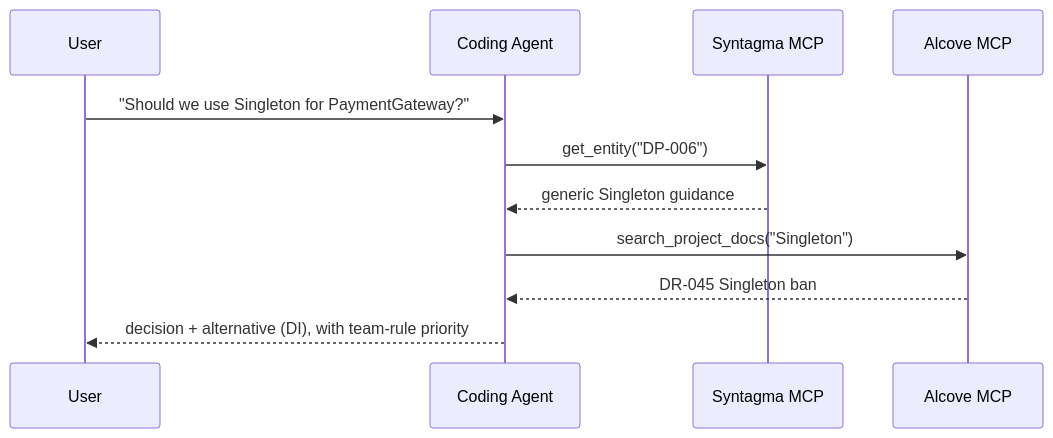
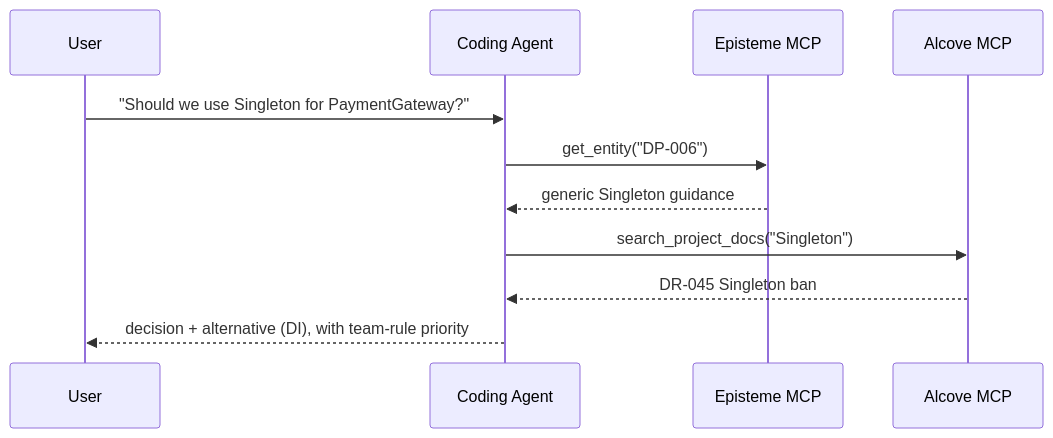
One commit to epicsagas/Episteme changed the third of 4 diagrams in docs/alcove-integration.md. Above: the diagram before and after it, drawn with Mermaid. The commit also changed other lines of this file and 100 other files, not shown here.

First line of the commit message:
feat(core)!: rebrand syntagma to episteme

````diff
--- a/docs/alcove-integration.md
+++ b/docs/alcove-integration.md
@@ -170,14 +170,14 @@
 ```mermaid
 sequenceDiagram
   participant U as User
   participant A as Coding Agent
-  participant M1 as Syntagma MCP
+  participant M1 as Episteme MCP
   participant M2 as Alcove MCP
 
   U->>A: "Should we use Singleton for PaymentGateway?"
   A->>M1: get_entity("DP-006")
   M1-->>A: generic Singleton guidance
   A->>M2: search_project_docs("Singleton")
   M2-->>A: DR-045 Singleton ban
   A-->>U: decision + alternative (DI), with team-rule priority
 ```
````
